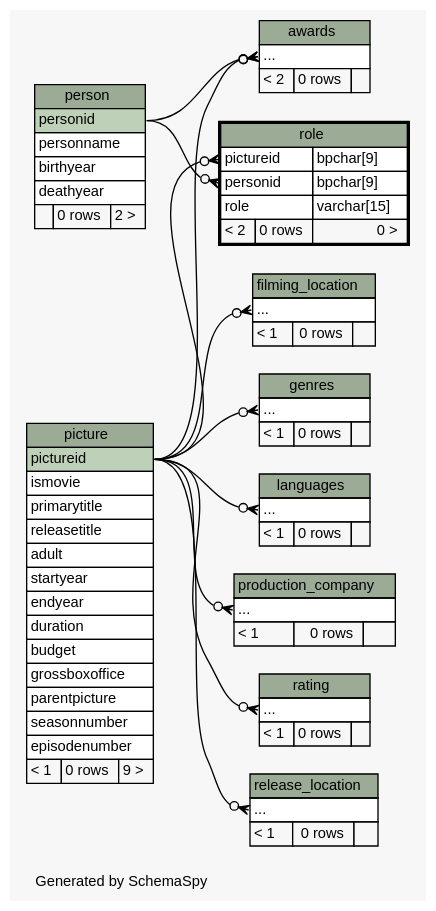
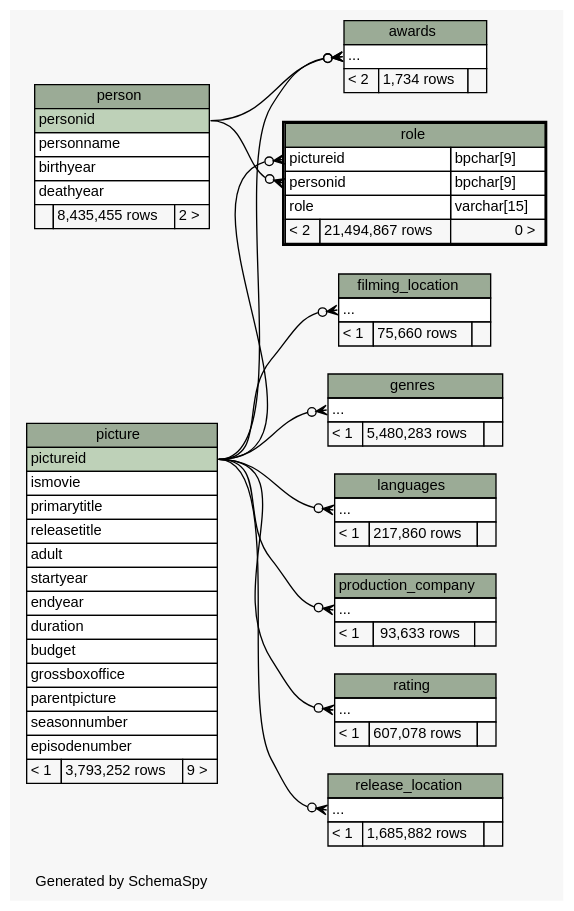
One commit to sipian/CS3563-DBMS changed the diagram in populating-tables/schemaspy/diagrams/role.2degrees.dot. Above: the diagram before and after it, drawn with Graphviz. The commit also changed 65 other files, not shown here.

```diff
--- a/populating-tables/schemaspy/diagrams/role.2degrees.dot
+++ b/populating-tables/schemaspy/diagrams/role.2degrees.dot
@@ -1,149 +1,149 @@
 // dot 2.38.0 on Linux 4.13.0-32-generic
 // SchemaSpy rev 590
 digraph "twoDegreesRelationshipsDiagram" {
   graph [
     rankdir="RL"
     bgcolor="#f7f7f7"
     label="\nGenerated by SchemaSpy"
     labeljust="l"
     nodesep="0.18"
     ranksep="0.46"
     fontname="Helvetica"
     fontsize="11"
   ];
   node [
     fontname="Helvetica"
     fontsize="11"
     shape="plaintext"
   ];
   edge [
     arrowsize="0.8"
   ];
   "awards":"elipses":w -> "person":"personid":e [arrowhead=none dir=back arrowtail=crowodot];
   "awards":"elipses":w -> "picture":"pictureid":e [arrowhead=none dir=back arrowtail=crowodot];
   "filming_location":"elipses":w -> "picture":"pictureid":e [arrowhead=none dir=back arrowtail=crowodot];
   "genres":"elipses":w -> "picture":"pictureid":e [arrowhead=none dir=back arrowtail=crowodot];
   "languages":"elipses":w -> "picture":"pictureid":e [arrowhead=none dir=back arrowtail=crowodot];
   "production_company":"elipses":w -> "picture":"pictureid":e [arrowhead=none dir=back arrowtail=crowodot];
   "rating":"elipses":w -> "picture":"pictureid":e [arrowhead=none dir=back arrowtail=crowodot];
   "release_location":"elipses":w -> "picture":"pictureid":e [arrowhead=none dir=back arrowtail=crowodot];
   "role":"personid":w -> "person":"personid":e [arrowhead=none dir=back arrowtail=crowodot];
   "role":"pictureid":w -> "picture":"pictureid":e [arrowhead=none dir=back arrowtail=crowodot];
   "awards" [
     label=<
     <TABLE BORDER="0" CELLBORDER="1" CELLSPACING="0" BGCOLOR="#ffffff">
       <TR><TD COLSPAN="3" BGCOLOR="#9bab96" ALIGN="CENTER">awards</TD></TR>
       <TR><TD PORT="elipses" COLSPAN="3" ALIGN="LEFT">...</TD></TR>
-      <TR><TD ALIGN="LEFT" BGCOLOR="#f7f7f7">&lt; 2</TD><TD ALIGN="RIGHT" BGCOLOR="#f7f7f7">0 rows</TD><TD ALIGN="RIGHT" BGCOLOR="#f7f7f7">  </TD></TR>
+      <TR><TD ALIGN="LEFT" BGCOLOR="#f7f7f7">&lt; 2</TD><TD ALIGN="RIGHT" BGCOLOR="#f7f7f7">1,734 rows</TD><TD ALIGN="RIGHT" BGCOLOR="#f7f7f7">  </TD></TR>
     </TABLE>>
     URL="awards.html"
     tooltip="awards"
   ];
   "filming_location" [
     label=<
     <TABLE BORDER="0" CELLBORDER="1" CELLSPACING="0" BGCOLOR="#ffffff">
       <TR><TD COLSPAN="3" BGCOLOR="#9bab96" ALIGN="CENTER">filming_location</TD></TR>
       <TR><TD PORT="elipses" COLSPAN="3" ALIGN="LEFT">...</TD></TR>
-      <TR><TD ALIGN="LEFT" BGCOLOR="#f7f7f7">&lt; 1</TD><TD ALIGN="RIGHT" BGCOLOR="#f7f7f7">0 rows</TD><TD ALIGN="RIGHT" BGCOLOR="#f7f7f7">  </TD></TR>
+      <TR><TD ALIGN="LEFT" BGCOLOR="#f7f7f7">&lt; 1</TD><TD ALIGN="RIGHT" BGCOLOR="#f7f7f7">75,660 rows</TD><TD ALIGN="RIGHT" BGCOLOR="#f7f7f7">  </TD></TR>
     </TABLE>>
     URL="filming_location.html"
     tooltip="filming_location"
   ];
   "genres" [
     label=<
     <TABLE BORDER="0" CELLBORDER="1" CELLSPACING="0" BGCOLOR="#ffffff">
       <TR><TD COLSPAN="3" BGCOLOR="#9bab96" ALIGN="CENTER">genres</TD></TR>
       <TR><TD PORT="elipses" COLSPAN="3" ALIGN="LEFT">...</TD></TR>
-      <TR><TD ALIGN="LEFT" BGCOLOR="#f7f7f7">&lt; 1</TD><TD ALIGN="RIGHT" BGCOLOR="#f7f7f7">0 rows</TD><TD ALIGN="RIGHT" BGCOLOR="#f7f7f7">  </TD></TR>
+      <TR><TD ALIGN="LEFT" BGCOLOR="#f7f7f7">&lt; 1</TD><TD ALIGN="RIGHT" BGCOLOR="#f7f7f7">5,480,283 rows</TD><TD ALIGN="RIGHT" BGCOLOR="#f7f7f7">  </TD></TR>
     </TABLE>>
     URL="genres.html"
     tooltip="genres"
   ];
   "languages" [
     label=<
     <TABLE BORDER="0" CELLBORDER="1" CELLSPACING="0" BGCOLOR="#ffffff">
       <TR><TD COLSPAN="3" BGCOLOR="#9bab96" ALIGN="CENTER">languages</TD></TR>
       <TR><TD PORT="elipses" COLSPAN="3" ALIGN="LEFT">...</TD></TR>
-      <TR><TD ALIGN="LEFT" BGCOLOR="#f7f7f7">&lt; 1</TD><TD ALIGN="RIGHT" BGCOLOR="#f7f7f7">0 rows</TD><TD ALIGN="RIGHT" BGCOLOR="#f7f7f7">  </TD></TR>
+      <TR><TD ALIGN="LEFT" BGCOLOR="#f7f7f7">&lt; 1</TD><TD ALIGN="RIGHT" BGCOLOR="#f7f7f7">217,860 rows</TD><TD ALIGN="RIGHT" BGCOLOR="#f7f7f7">  </TD></TR>
     </TABLE>>
     URL="languages.html"
     tooltip="languages"
   ];
   "person" [
     label=<
     <TABLE BORDER="0" CELLBORDER="1" CELLSPACING="0" BGCOLOR="#ffffff">
       <TR><TD COLSPAN="3" BGCOLOR="#9bab96" ALIGN="CENTER">person</TD></TR>
       <TR><TD PORT="personid" COLSPAN="3" BGCOLOR="#bed1b8" ALIGN="LEFT">personid</TD></TR>
       <TR><TD PORT="personname" COLSPAN="3" ALIGN="LEFT">personname</TD></TR>
       <TR><TD PORT="birthyear" COLSPAN="3" ALIGN="LEFT">birthyear</TD></TR>
       <TR><TD PORT="deathyear" COLSPAN="3" ALIGN="LEFT">deathyear</TD></TR>
-      <TR><TD ALIGN="LEFT" BGCOLOR="#f7f7f7">  </TD><TD ALIGN="RIGHT" BGCOLOR="#f7f7f7">0 rows</TD><TD ALIGN="RIGHT" BGCOLOR="#f7f7f7">2 &gt;</TD></TR>
+      <TR><TD ALIGN="LEFT" BGCOLOR="#f7f7f7">  </TD><TD ALIGN="RIGHT" BGCOLOR="#f7f7f7">8,435,455 rows</TD><TD ALIGN="RIGHT" BGCOLOR="#f7f7f7">2 &gt;</TD></TR>
     </TABLE>>
     URL="person.html"
     tooltip="person"
   ];
   "picture" [
     label=<
     <TABLE BORDER="0" CELLBORDER="1" CELLSPACING="0" BGCOLOR="#ffffff">
       <TR><TD COLSPAN="3" BGCOLOR="#9bab96" ALIGN="CENTER">picture</TD></TR>
       <TR><TD PORT="pictureid" COLSPAN="3" BGCOLOR="#bed1b8" ALIGN="LEFT">pictureid</TD></TR>
       <TR><TD PORT="ismovie" COLSPAN="3" ALIGN="LEFT">ismovie</TD></TR>
       <TR><TD PORT="primarytitle" COLSPAN="3" ALIGN="LEFT">primarytitle</TD></TR>
       <TR><TD PORT="releasetitle" COLSPAN="3" ALIGN="LEFT">releasetitle</TD></TR>
       <TR><TD PORT="adult" COLSPAN="3" ALIGN="LEFT">adult</TD></TR>
       <TR><TD PORT="startyear" COLSPAN="3" ALIGN="LEFT">startyear</TD></TR>
       <TR><TD PORT="endyear" COLSPAN="3" ALIGN="LEFT">endyear</TD></TR>
       <TR><TD PORT="duration" COLSPAN="3" ALIGN="LEFT">duration</TD></TR>
       <TR><TD PORT="budget" COLSPAN="3" ALIGN="LEFT">budget</TD></TR>
       <TR><TD PORT="grossboxoffice" COLSPAN="3" ALIGN="LEFT">grossboxoffice</TD></TR>
       <TR><TD PORT="parentpicture" COLSPAN="3" ALIGN="LEFT">parentpicture</TD></TR>
       <TR><TD PORT="seasonnumber" COLSPAN="3" ALIGN="LEFT">seasonnumber</TD></TR>
       <TR><TD PORT="episodenumber" COLSPAN="3" ALIGN="LEFT">episodenumber</TD></TR>
-      <TR><TD ALIGN="LEFT" BGCOLOR="#f7f7f7">&lt; 1</TD><TD ALIGN="RIGHT" BGCOLOR="#f7f7f7">0 rows</TD><TD ALIGN="RIGHT" BGCOLOR="#f7f7f7">9 &gt;</TD></TR>
+      <TR><TD ALIGN="LEFT" BGCOLOR="#f7f7f7">&lt; 1</TD><TD ALIGN="RIGHT" BGCOLOR="#f7f7f7">3,793,252 rows</TD><TD ALIGN="RIGHT" BGCOLOR="#f7f7f7">9 &gt;</TD></TR>
     </TABLE>>
     URL="picture.html"
     tooltip="picture"
   ];
   "production_company" [
     label=<
     <TABLE BORDER="0" CELLBORDER="1" CELLSPACING="0" BGCOLOR="#ffffff">
       <TR><TD COLSPAN="3" BGCOLOR="#9bab96" ALIGN="CENTER">production_company</TD></TR>
       <TR><TD PORT="elipses" COLSPAN="3" ALIGN="LEFT">...</TD></TR>
-      <TR><TD ALIGN="LEFT" BGCOLOR="#f7f7f7">&lt; 1</TD><TD ALIGN="RIGHT" BGCOLOR="#f7f7f7">0 rows</TD><TD ALIGN="RIGHT" BGCOLOR="#f7f7f7">  </TD></TR>
+      <TR><TD ALIGN="LEFT" BGCOLOR="#f7f7f7">&lt; 1</TD><TD ALIGN="RIGHT" BGCOLOR="#f7f7f7">93,633 rows</TD><TD ALIGN="RIGHT" BGCOLOR="#f7f7f7">  </TD></TR>
     </TABLE>>
     URL="production_company.html"
     tooltip="production_company"
   ];
   "rating" [
     label=<
     <TABLE BORDER="0" CELLBORDER="1" CELLSPACING="0" BGCOLOR="#ffffff">
       <TR><TD COLSPAN="3" BGCOLOR="#9bab96" ALIGN="CENTER">rating</TD></TR>
       <TR><TD PORT="elipses" COLSPAN="3" ALIGN="LEFT">...</TD></TR>
-      <TR><TD ALIGN="LEFT" BGCOLOR="#f7f7f7">&lt; 1</TD><TD ALIGN="RIGHT" BGCOLOR="#f7f7f7">0 rows</TD><TD ALIGN="RIGHT" BGCOLOR="#f7f7f7">  </TD></TR>
+      <TR><TD ALIGN="LEFT" BGCOLOR="#f7f7f7">&lt; 1</TD><TD ALIGN="RIGHT" BGCOLOR="#f7f7f7">607,078 rows</TD><TD ALIGN="RIGHT" BGCOLOR="#f7f7f7">  </TD></TR>
     </TABLE>>
     URL="rating.html"
     tooltip="rating"
   ];
   "release_location" [
     label=<
     <TABLE BORDER="0" CELLBORDER="1" CELLSPACING="0" BGCOLOR="#ffffff">
       <TR><TD COLSPAN="3" BGCOLOR="#9bab96" ALIGN="CENTER">release_location</TD></TR>
       <TR><TD PORT="elipses" COLSPAN="3" ALIGN="LEFT">...</TD></TR>
-      <TR><TD ALIGN="LEFT" BGCOLOR="#f7f7f7">&lt; 1</TD><TD ALIGN="RIGHT" BGCOLOR="#f7f7f7">0 rows</TD><TD ALIGN="RIGHT" BGCOLOR="#f7f7f7">  </TD></TR>
+      <TR><TD ALIGN="LEFT" BGCOLOR="#f7f7f7">&lt; 1</TD><TD ALIGN="RIGHT" BGCOLOR="#f7f7f7">1,685,882 rows</TD><TD ALIGN="RIGHT" BGCOLOR="#f7f7f7">  </TD></TR>
     </TABLE>>
     URL="release_location.html"
     tooltip="release_location"
   ];
   "role" [
     label=<
     <TABLE BORDER="2" CELLBORDER="1" CELLSPACING="0" BGCOLOR="#ffffff">
       <TR><TD COLSPAN="3" BGCOLOR="#9bab96" ALIGN="CENTER">role</TD></TR>
       <TR><TD PORT="pictureid" COLSPAN="2" ALIGN="LEFT">pictureid</TD><TD PORT="pictureid.type" ALIGN="LEFT">bpchar[9]</TD></TR>
       <TR><TD PORT="personid" COLSPAN="2" ALIGN="LEFT">personid</TD><TD PORT="personid.type" ALIGN="LEFT">bpchar[9]</TD></TR>
       <TR><TD PORT="role" COLSPAN="2" ALIGN="LEFT">role</TD><TD PORT="role.type" ALIGN="LEFT">varchar[15]</TD></TR>
-      <TR><TD ALIGN="LEFT" BGCOLOR="#f7f7f7">&lt; 2</TD><TD ALIGN="RIGHT" BGCOLOR="#f7f7f7">0 rows</TD><TD ALIGN="RIGHT" BGCOLOR="#f7f7f7">0 &gt;</TD></TR>
+      <TR><TD ALIGN="LEFT" BGCOLOR="#f7f7f7">&lt; 2</TD><TD ALIGN="RIGHT" BGCOLOR="#f7f7f7">21,494,867 rows</TD><TD ALIGN="RIGHT" BGCOLOR="#f7f7f7">0 &gt;</TD></TR>
     </TABLE>>
     URL="role.html"
     tooltip="role"
   ];
 }
```
